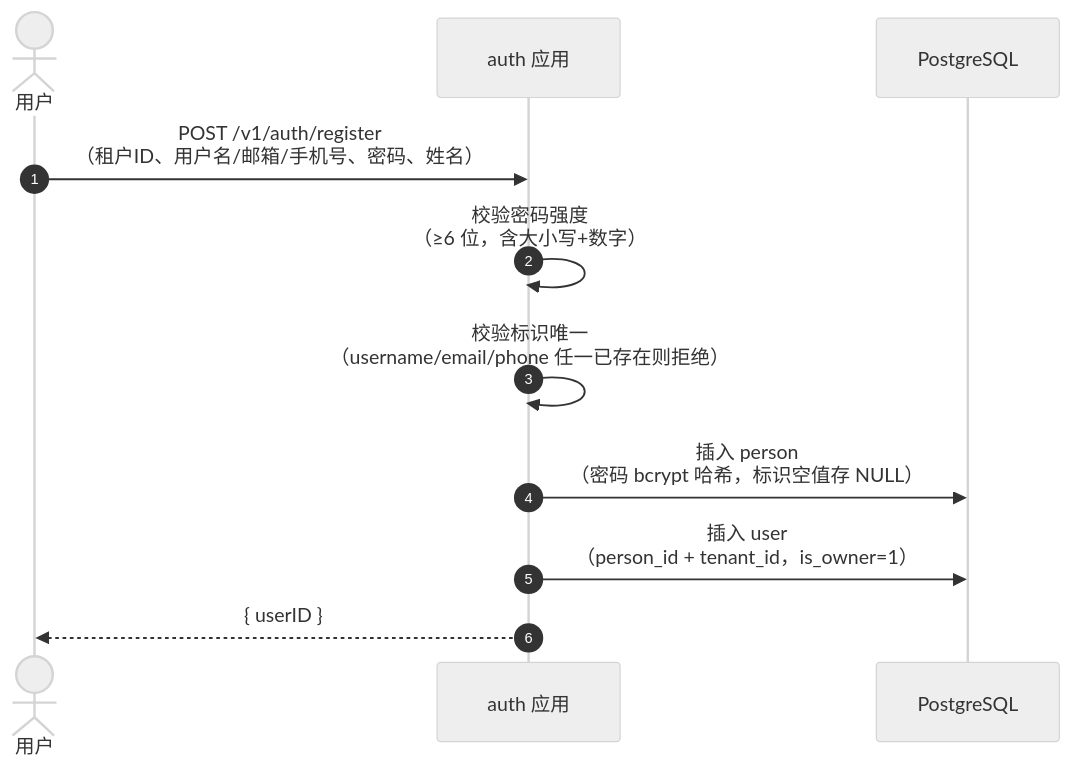
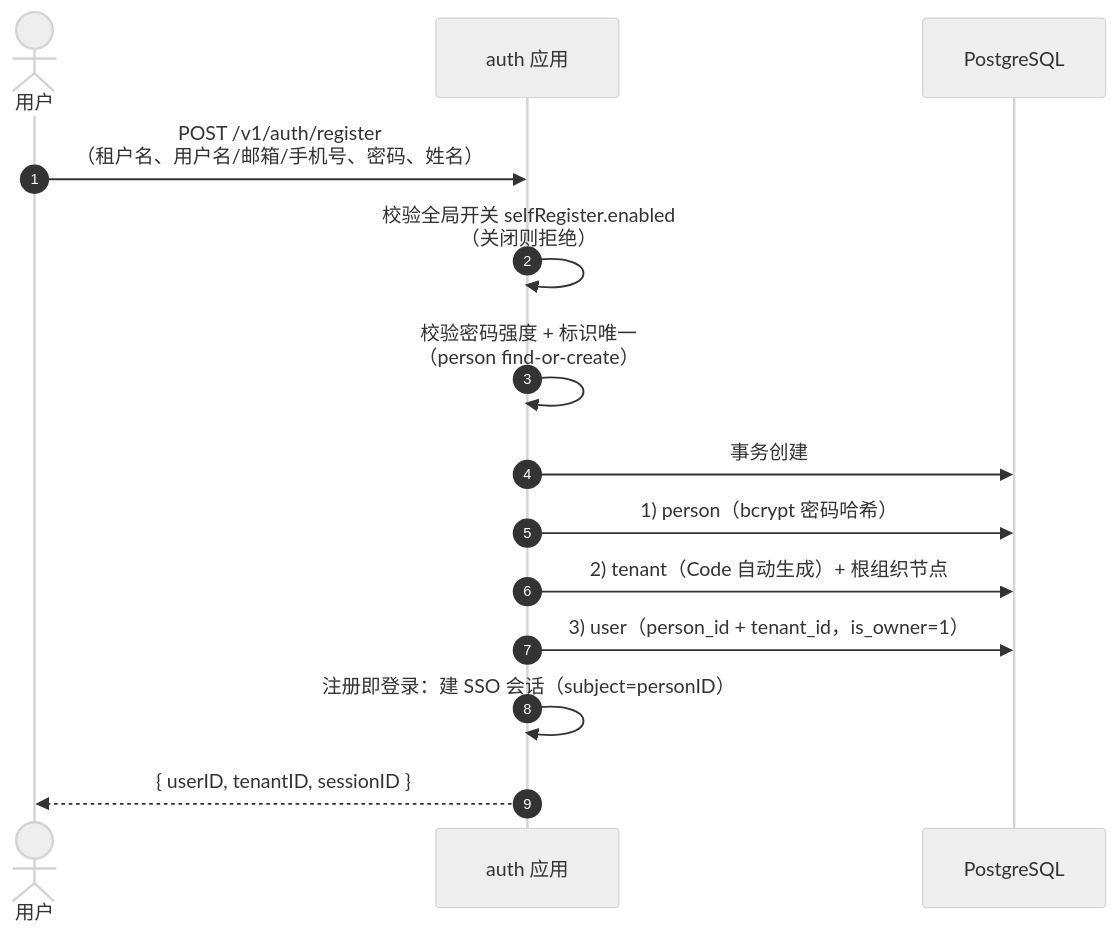
The fourth of 14 diagrams in docs/design/system-design.md (morehao/ark-iam), drawn with Mermaid (neutral theme) before and after one commit. The commit also changed other lines of this file and 83 other files, not shown here.

First line of the commit message:
refactor(auth): self-registration via oidc flow and tenant member rework (#43)

````diff
--- a/docs/design/system-design.md
+++ b/docs/design/system-design.md
@@ -564,14 +567,17 @@
 ```mermaid
 sequenceDiagram
     autonumber
     actor U as 用户
     participant A as auth 应用
     participant DB as PostgreSQL
 
-    U->>A: POST /v1/auth/register<br/>（租户ID、用户名/邮箱/手机号、密码、姓名）
-    A->>A: 校验密码强度<br/>（≥6 位，含大小写+数字）
-    A->>A: 校验标识唯一<br/>（username/email/phone 任一已存在则拒绝）
-    A->>DB: 插入 person<br/>（密码 bcrypt 哈希，标识空值存 NULL）
-    A->>DB: 插入 user<br/>（person_id + tenant_id，is_owner=1）
-    A-->>U: { userID }
+    U->>A: POST /v1/auth/register<br/>（租户名、用户名/邮箱/手机号、密码、姓名）
+    A->>A: 校验全局开关 selfRegister.enabled<br/>（关闭则拒绝）
+    A->>A: 校验密码强度 + 标识唯一<br/>（person find-or-create）
+    A->>DB: 事务创建
+    A->>DB: 1) person（bcrypt 密码哈希）
+    A->>DB: 2) tenant（Code 自动生成）+ 根组织节点
+    A->>DB: 3) user（person_id + tenant_id，is_owner=1）
+    A->>A: 注册即登录：建 SSO 会话（subject=personID）
+    A-->>U: { userID, tenantID, sessionID }
 ```
````
